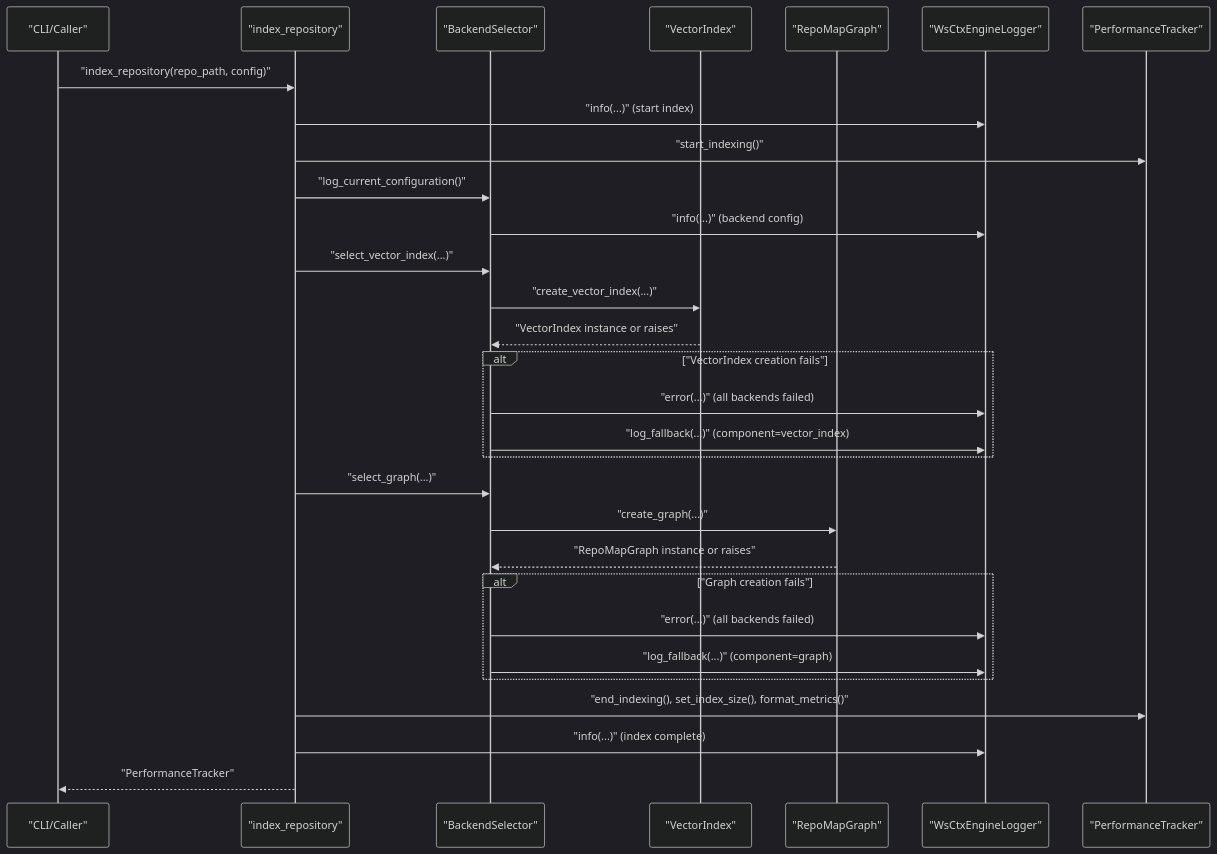
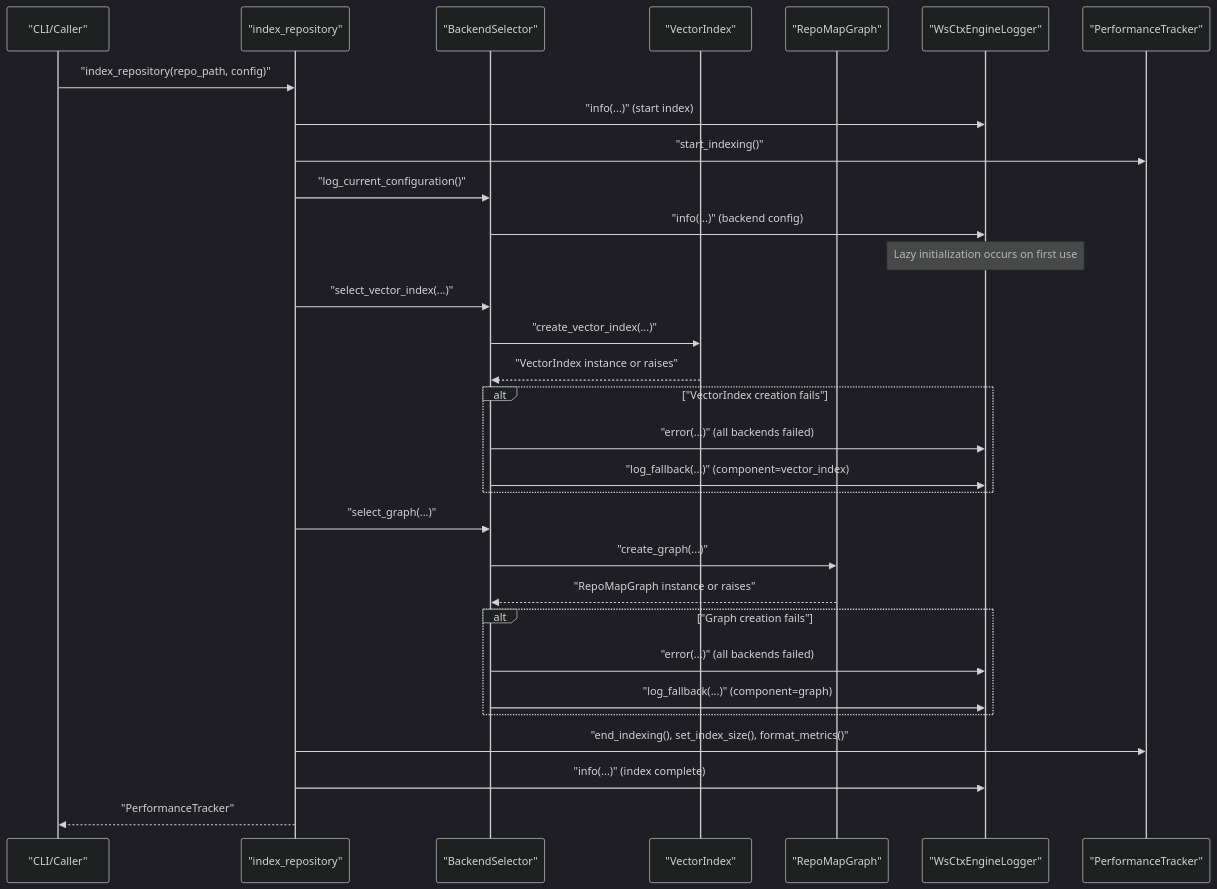
One commit to maemreyo/zmr-ctx-paker changed the second of 7 diagrams in .qoder/repowiki/en/content/Architecture & Design/Backend Selection Strategy/Logging and Monitoring.md. Above: the diagram before and after it, drawn with Mermaid (dark theme). The commit also changed other lines of this file and 25 other files, not shown here.

````diff
--- a/.qoder/repowiki/en/content/Architecture & Design/Backend Selection Strategy/Logging and Monitoring.md
+++ b/.qoder/repowiki/en/content/Architecture & Design/Backend Selection Strategy/Logging and Monitoring.md
@@ -115,32 +127,33 @@
 ```mermaid
 sequenceDiagram
 participant CLI as "CLI/Caller"
 participant IDX as "index_repository"
 participant BS as "BackendSelector"
 participant VI as "VectorIndex"
 participant GR as "RepoMapGraph"
 participant LOG as "WsCtxEngineLogger"
 participant PERF as "PerformanceTracker"
 CLI->>IDX : "index_repository(repo_path, config)"
 IDX->>LOG : "info(...)" (start index)
 IDX->>PERF : "start_indexing()"
 IDX->>BS : "log_current_configuration()"
 BS->>LOG : "info(...)" (backend config)
+Note over LOG : Lazy initialization occurs on first use
 IDX->>BS : "select_vector_index(...)"
 BS->>VI : "create_vector_index(...)"
 VI-->>BS : "VectorIndex instance or raises"
 alt "VectorIndex creation fails"
 BS->>LOG : "error(...)" (all backends failed)
 BS->>LOG : "log_fallback(...)" (component=vector_index)
 end
 IDX->>BS : "select_graph(...)"
 BS->>GR : "create_graph(...)"
 GR-->>BS : "RepoMapGraph instance or raises"
 alt "Graph creation fails"
 BS->>LOG : "error(...)" (all backends failed)
 BS->>LOG : "log_fallback(...)" (component=graph)
 end
 IDX->>PERF : "end_indexing(), set_index_size(), format_metrics()"
 IDX->>LOG : "info(...)" (index complete)
 IDX-->>CLI : "PerformanceTracker"
 ```
````
